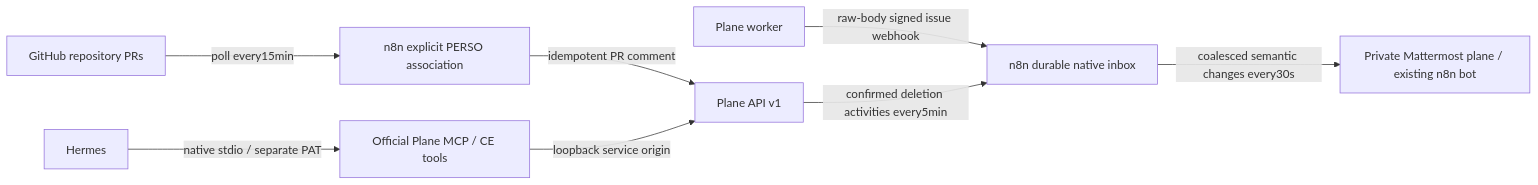
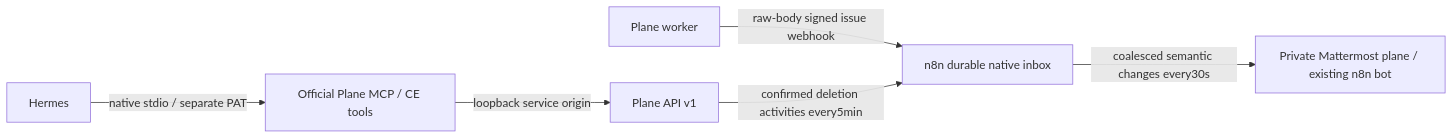
One commit to Eugene-SN/Cloud-Infrastructure changed the second of 2 diagrams in ARCHITECTURE.md. Above: the diagram before and after it, drawn with Mermaid. The commit also changed other lines of this file and 16 other files, not shown here.

Commit message:
Remove unused GitHub and Nextcloud event workflows and residue

````diff
--- a/ARCHITECTURE.md
+++ b/ARCHITECTURE.md
@@ -736,10 +752,8 @@
 ```mermaid
 flowchart LR
   Worker[Plane worker] -->|raw-body signed issue webhook| Bus[n8n durable native inbox]
   API[Plane API v1] -->|confirmed deletion activities every5min| Bus
   Bus -->|coalesced semantic changes every30s| MM[Private Mattermost plane / existing n8n bot]
-  GH[GitHub repository PRs] -->|poll every15min| Poll[n8n explicit PERSO association]
-  Poll -->|idempotent PR comment| API
   Hermes -->|native stdio / separate PAT| MCP[Official Plane MCP / CE tools]
   MCP -->|loopback service origin| API
 ```
````
